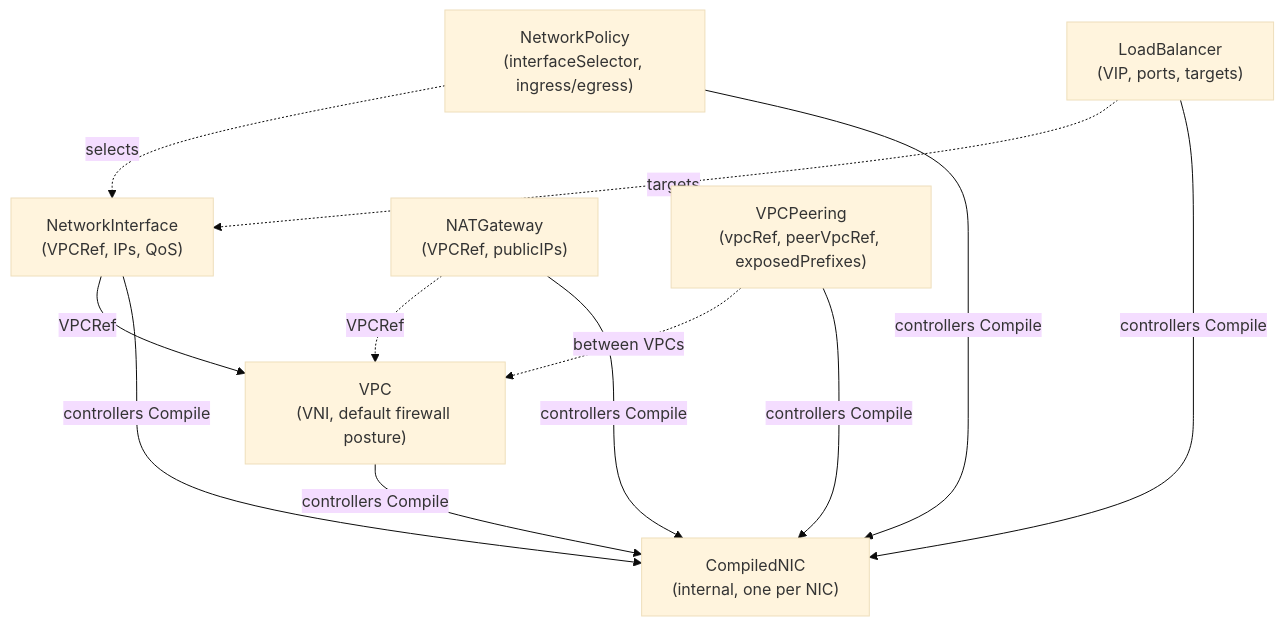
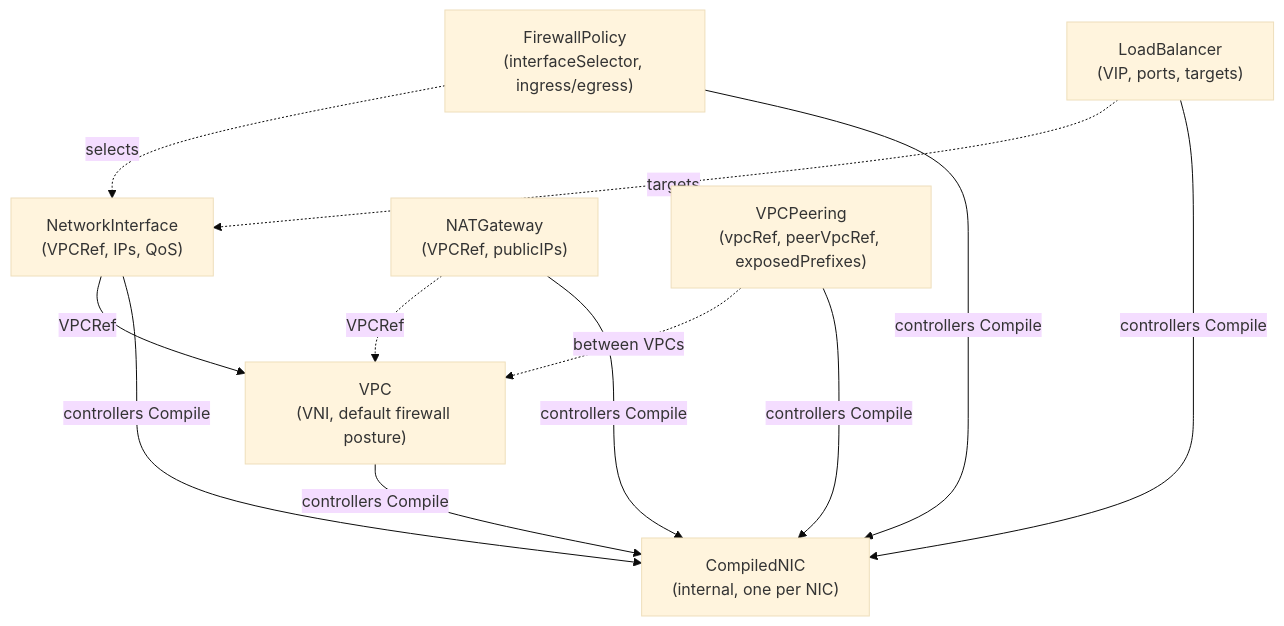
One commit to trevex/ectobase changed the diagram in docs/src/controlplane/crd-api.md. Above: the diagram before and after it, drawn with Mermaid (base theme). The commit also changed other lines of this file and 17 other files, not shown here.

Commit message:
refactor: update scenarios/docs/comments for FirewallPolicy + FloatingIP rename

````diff
--- a/docs/src/controlplane/crd-api.md
+++ b/docs/src/controlplane/crd-api.md
@@ -22,17 +22,17 @@
 ```mermaid
 flowchart TB
     vpc["VPC<br/>(VNI, default firewall posture)"]
     ni["NetworkInterface<br/>(VPCRef, IPs, QoS)"]
-    np["NetworkPolicy<br/>(interfaceSelector, ingress/egress)"]
+    np["FirewallPolicy<br/>(interfaceSelector, ingress/egress)"]
     lb["LoadBalancer<br/>(VIP, ports, targets)"]
     nat["NATGateway<br/>(VPCRef, publicIPs)"]
     vp["VPCPeering<br/>(vpcRef, peerVpcRef, exposedPrefixes)"]
     cn["CompiledNIC<br/>(internal, one per NIC)"]
 
     ni -->|VPCRef| vpc
     np -.->|selects| ni
     lb -.->|targets| ni
     nat -.->|VPCRef| vpc
     vp -.->|between VPCs| vpc
     vpc & ni & np & lb & nat & vp -->|controllers Compile| cn
 ```
````
